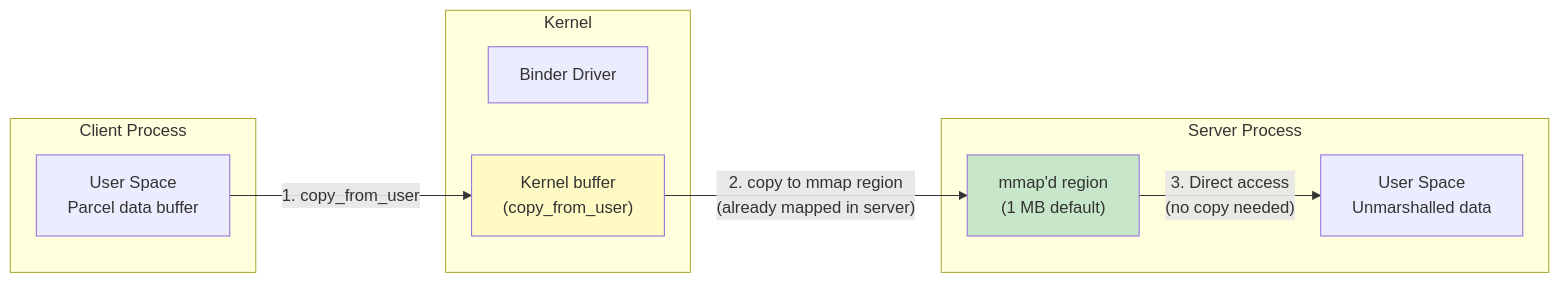
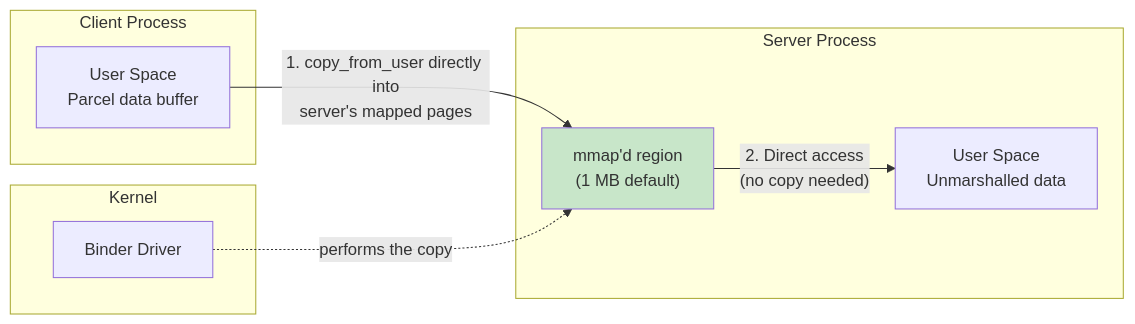
Before and after one commit to aospbooks/aosp-internal-book: the sixth of 23 diagrams in agents/claude/skills/aosp-kernel-and-boot/05-kernel.md, drawn with Mermaid. The commit also changed other lines of this file and 218 other files, not shown here.

````diff
--- a/agents/claude/skills/aosp-kernel-and-boot/05-kernel.md
+++ b/agents/claude/skills/aosp-kernel-and-boot/05-kernel.md
@@ -610,23 +619,21 @@
 ```mermaid
 graph LR
     subgraph "Client Process"
         CUS["User Space<br/>Parcel data buffer"]
     end
 
     subgraph "Kernel"
         BD["Binder Driver"]
-        KBuf["Kernel buffer<br/>(copy_from_user)"]
     end
 
     subgraph "Server Process"
         SMap["mmap'd region<br/>(1 MB default)"]
         SUS["User Space<br/>Unmarshalled data"]
     end
 
-    CUS -->|"1. copy_from_user"| KBuf
-    KBuf -->|"2. copy to mmap region<br/>(already mapped in server)"| SMap
-    SMap -->|"3. Direct access<br/>(no copy needed)"| SUS
+    CUS -->|"1. copy_from_user directly into<br/>server's mapped pages"| SMap
+    SMap -->|"2. Direct access<br/>(no copy needed)"| SUS
+    BD -.->|"performs the copy"| SMap
 
-    style KBuf fill:#fff9c4
     style SMap fill:#c8e6c9
 ```
````
